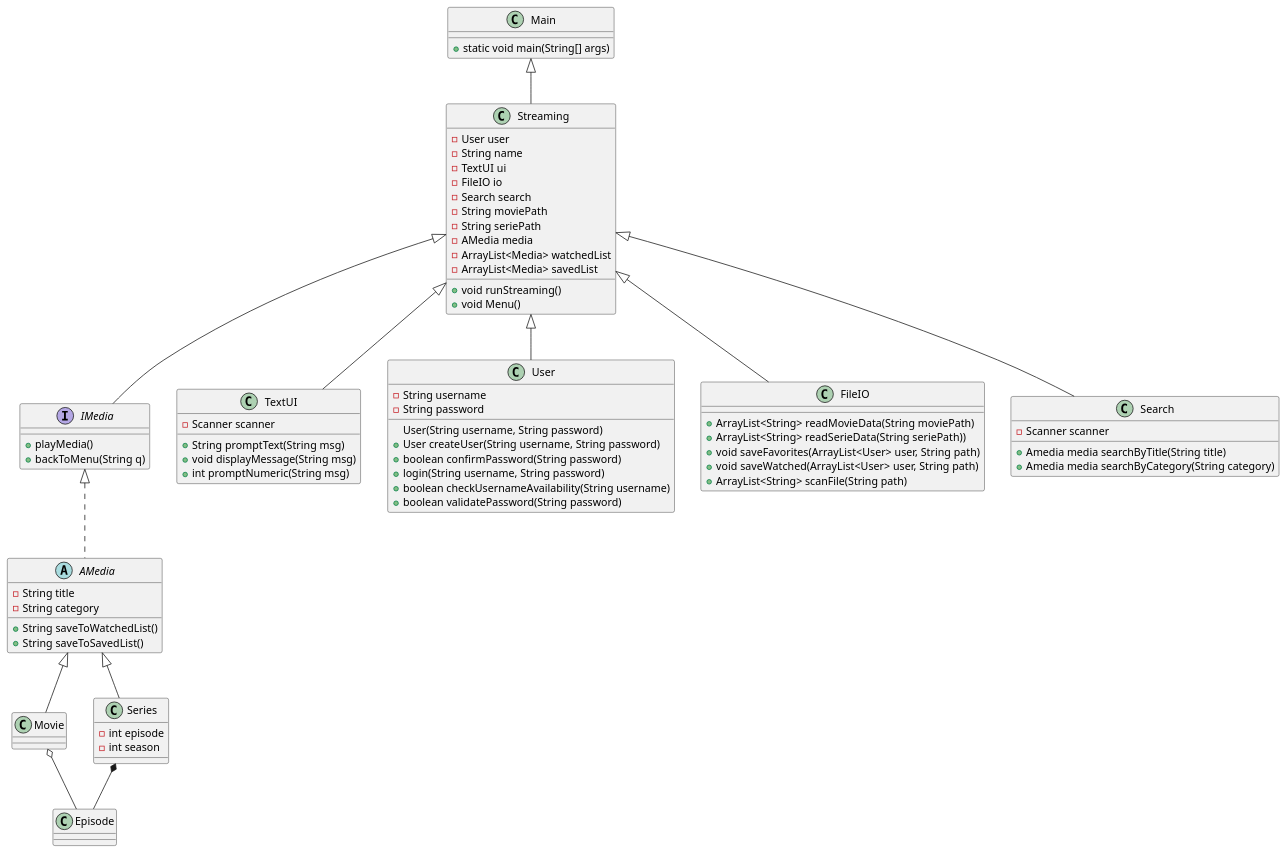
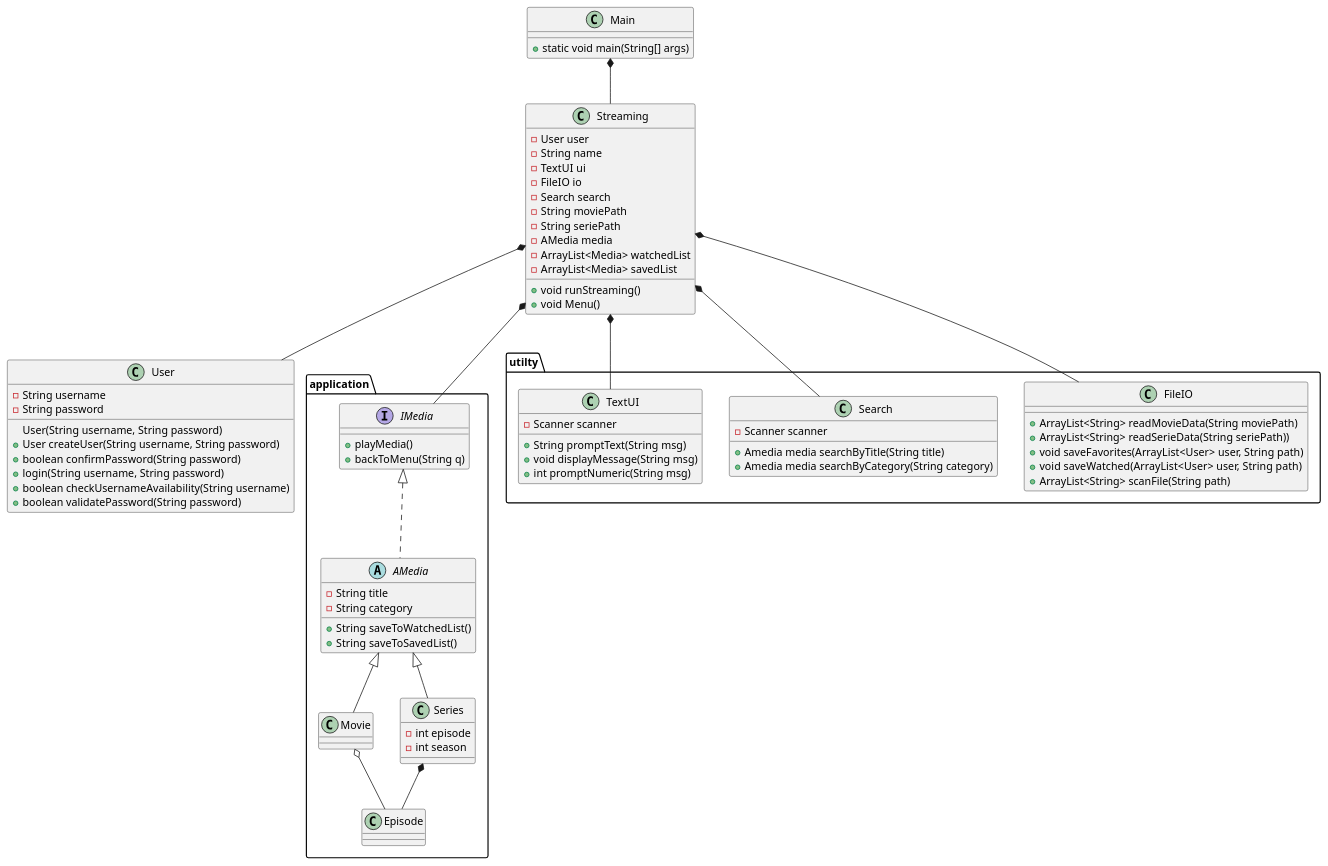
Before and after one commit to mrPrimeBeef/Sem1-Project-MovieStream: the diagram in Doc/Static/ClassDiagramv1.puml, drawn with PlantUML. The commit also changed 10 other files, not shown here.

```diff
--- a/Doc/Static/ClassDiagramv1.puml
+++ b/Doc/Static/ClassDiagramv1.puml
@@ -1,95 +1,97 @@
 @startuml
 
 class Main {
 + static void main(String[] args)
 }
-
+package application{
 interface IMedia {
 + playMedia()
 + backToMenu(String q)
 '+ pauseMedia()
 }
 
 abstract AMedia {
 - String title
 - String category
 + String saveToWatchedList()
 + String saveToSavedList()
 }
 
 class Movie {
 
 }
 
 
 class Series {
 - int episode
 - int season
 }
+class Episode{
 
-class TextUI {
-- Scanner scanner
-+ String promptText(String msg)
-+ void displayMessage(String msg)
-+ int promptNumeric(String msg)
+}
 }
 
 class User {
 - String username
 - String password
 User(String username, String password)
 'Methods
 + User createUser(String username, String password)
 + boolean confirmPassword(String password)
 + login(String username, String password)
 + boolean checkUsernameAvailability(String username)
 + boolean validatePassword(String password)
 }
 
 class Streaming {
 - User user
 - String name
 - TextUI ui
 - FileIO io
 - Search search
 - String moviePath
 - String seriePath
 - AMedia media
 - ArrayList<Media> watchedList
 - ArrayList<Media> savedList
 + void runStreaming()
 + void Menu()
 }
 
 
-
+package utilty{
 class FileIO {
 + ArrayList<String> readMovieData(String moviePath)
 + ArrayList<String> readSerieData(String seriePath))
 + void saveFavorites(ArrayList<User> user, String path)
 + void saveWatched(ArrayList<User> user, String path)
 + ArrayList<String> scanFile(String path)
 }
 
 class Search {
 - Scanner scanner
 + Amedia media searchByTitle(String title)
 + Amedia media searchByCategory(String category)
 }
-class Episode{
-
+class TextUI {
+- Scanner scanner
++ String promptText(String msg)
++ void displayMessage(String msg)
++ int promptNumeric(String msg)
+}
 }
 
-Main <|-- Streaming
-Streaming <|-- IMedia
-Streaming <|-- User
-Streaming <|-- Search
-Streaming <|-- TextUI
+
+Main *-- Streaming
+Streaming *-- IMedia
+Streaming *-- User
+Streaming *-- Search
+Streaming *-- TextUI
 IMedia <|.. AMedia
-Streaming <|-- FileIO
+Streaming *-- FileIO
 AMedia <|-- Movie
 AMedia  <|-- Series
 Series *-- Episode
 Movie o-- Episode
 
 @enduml
```
